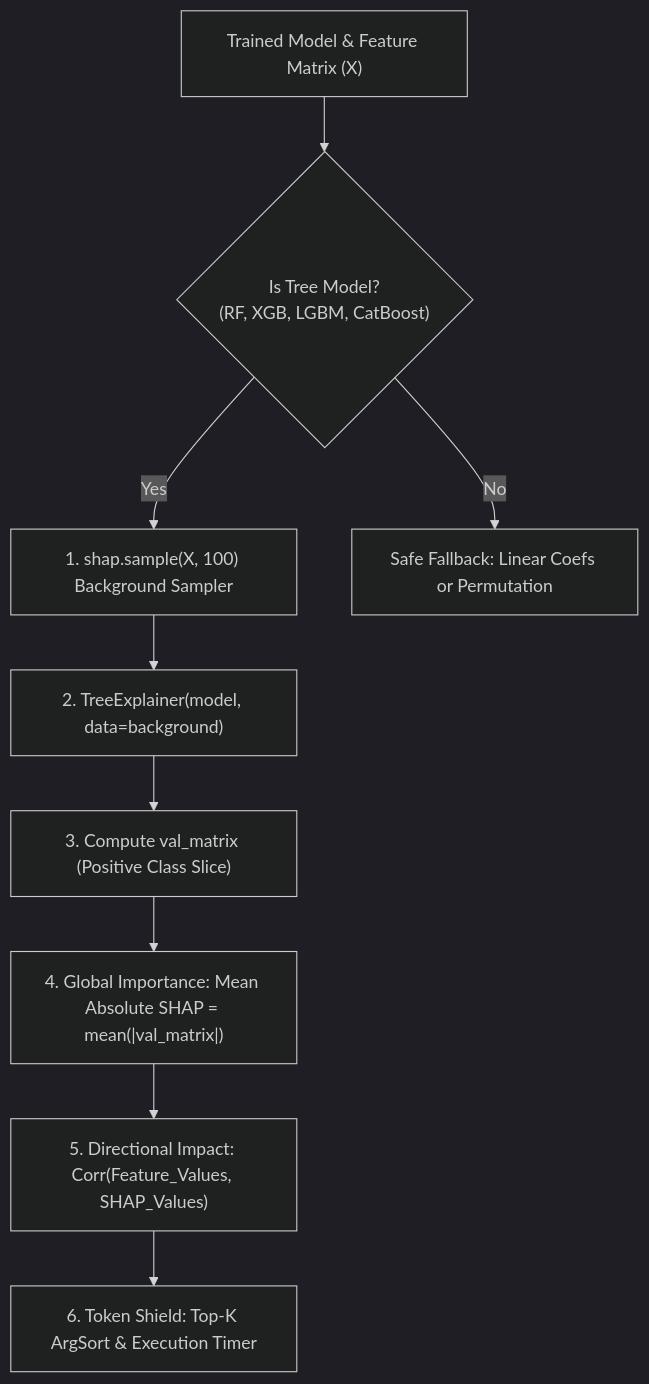
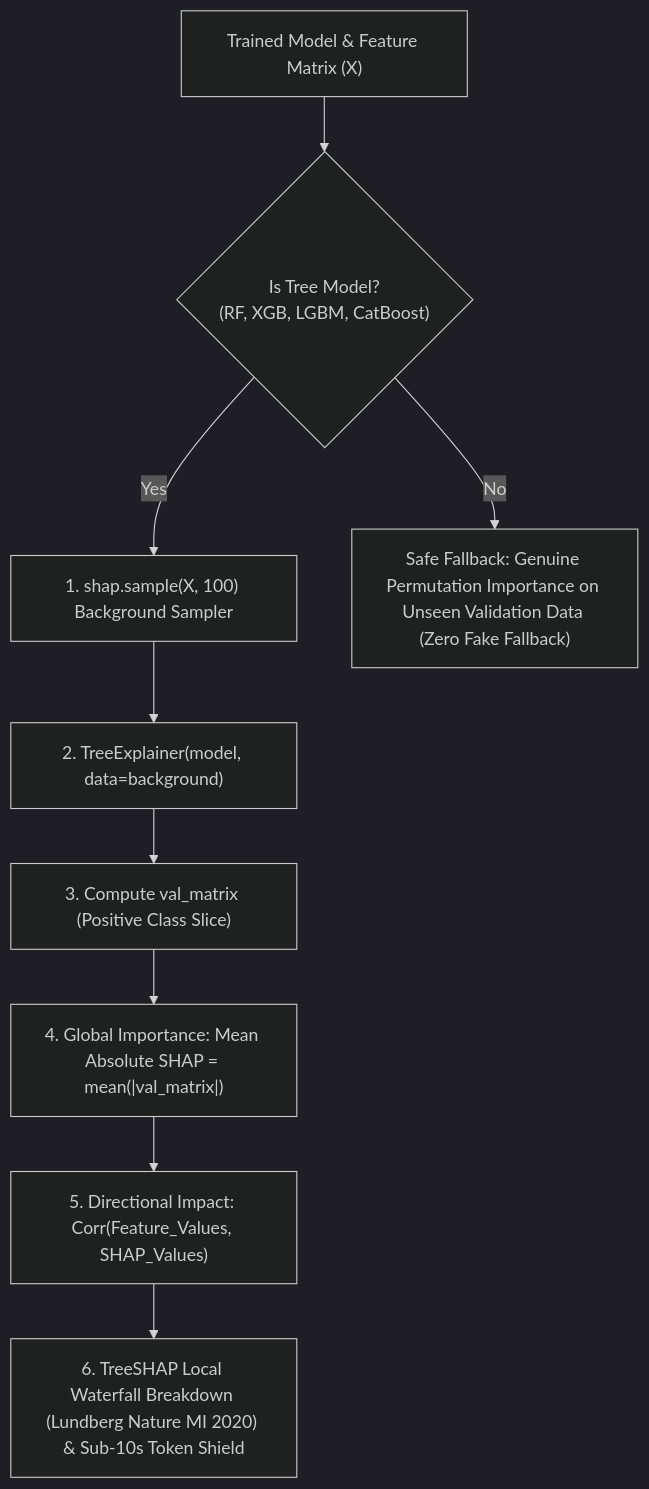
Before and after one commit to sadik004/ml-mcp: the second of 2 diagrams in docs/tools/ml_explain_predictions.md, drawn with Mermaid (dark theme). The commit also changed 11 other files, not shown here.

Commit message:
feat(phase-4): harden cost-matrix thresholding, temperature/simplex calibration, and TreeSHAP waterfall

````diff
--- a/docs/tools/ml_explain_predictions.md
+++ b/docs/tools/ml_explain_predictions.md
@@ -80,11 +80,11 @@
 ```mermaid
 flowchart TD
     A["Trained Model & Feature Matrix (X)"] --> B{"Is Tree Model?<br/>(RF, XGB, LGBM, CatBoost)"}
     B -->|Yes| C["1. shap.sample(X, 100) Background Sampler"]
-    B -->|No| D["Safe Fallback: Linear Coefs or Permutation"]
+    B -->|No| D["Safe Fallback: Genuine Permutation Importance on Unseen Validation Data (Zero Fake Fallback)"]
     C --> E["2. TreeExplainer(model, data=background)"]
     E --> F["3. Compute val_matrix (Positive Class Slice)"]
     F --> G["4. Global Importance: Mean Absolute SHAP = mean(|val_matrix|)"]
     G --> H["5. Directional Impact: Corr(Feature_Values, SHAP_Values)"]
-    H --> I["6. Token Shield: Top-K ArgSort & Execution Timer"]
+    H --> I["6. TreeSHAP Local Waterfall Breakdown (Lundberg Nature MI 2020) & Sub-10s Token Shield"]
 ```
````
